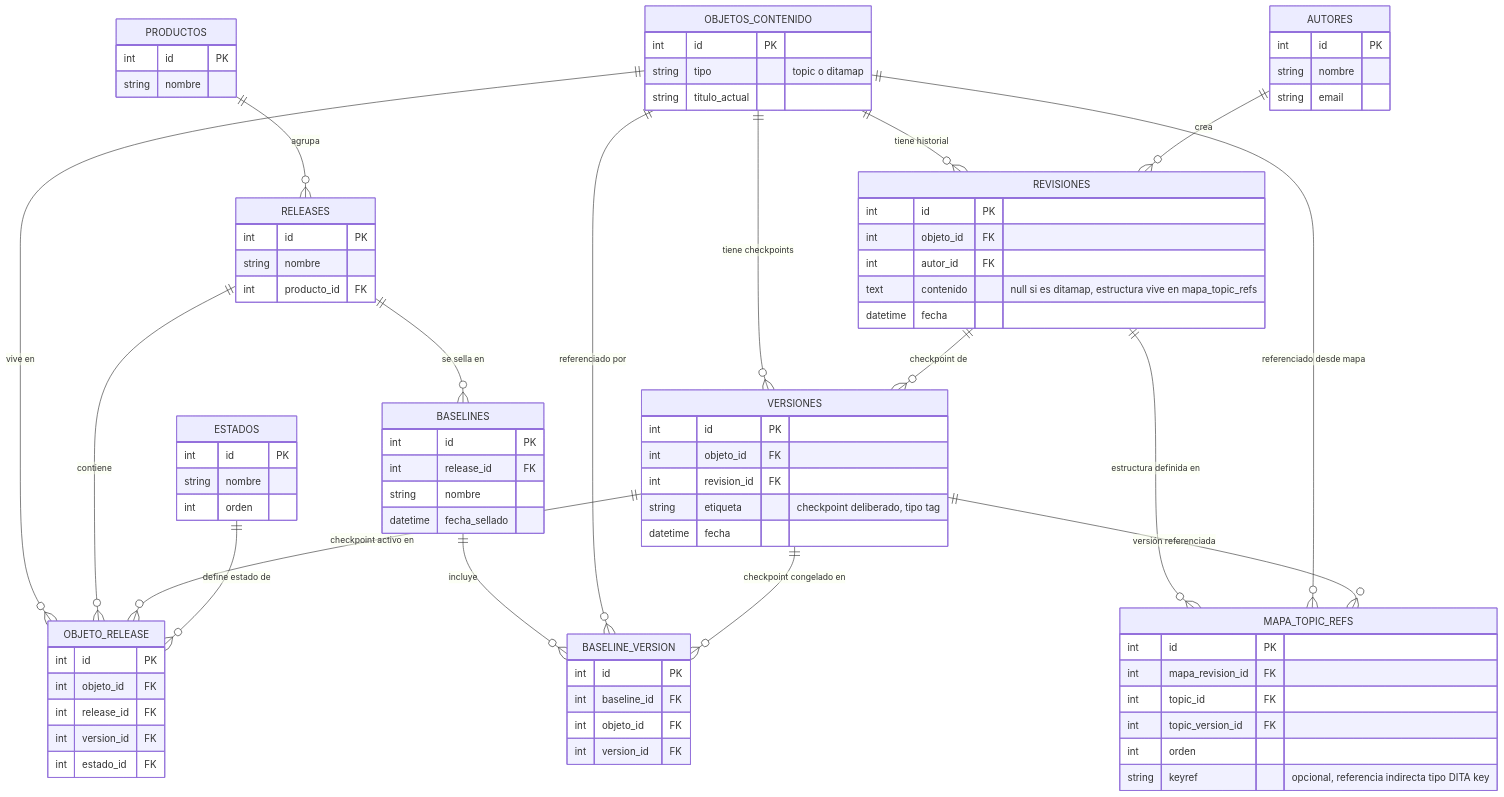
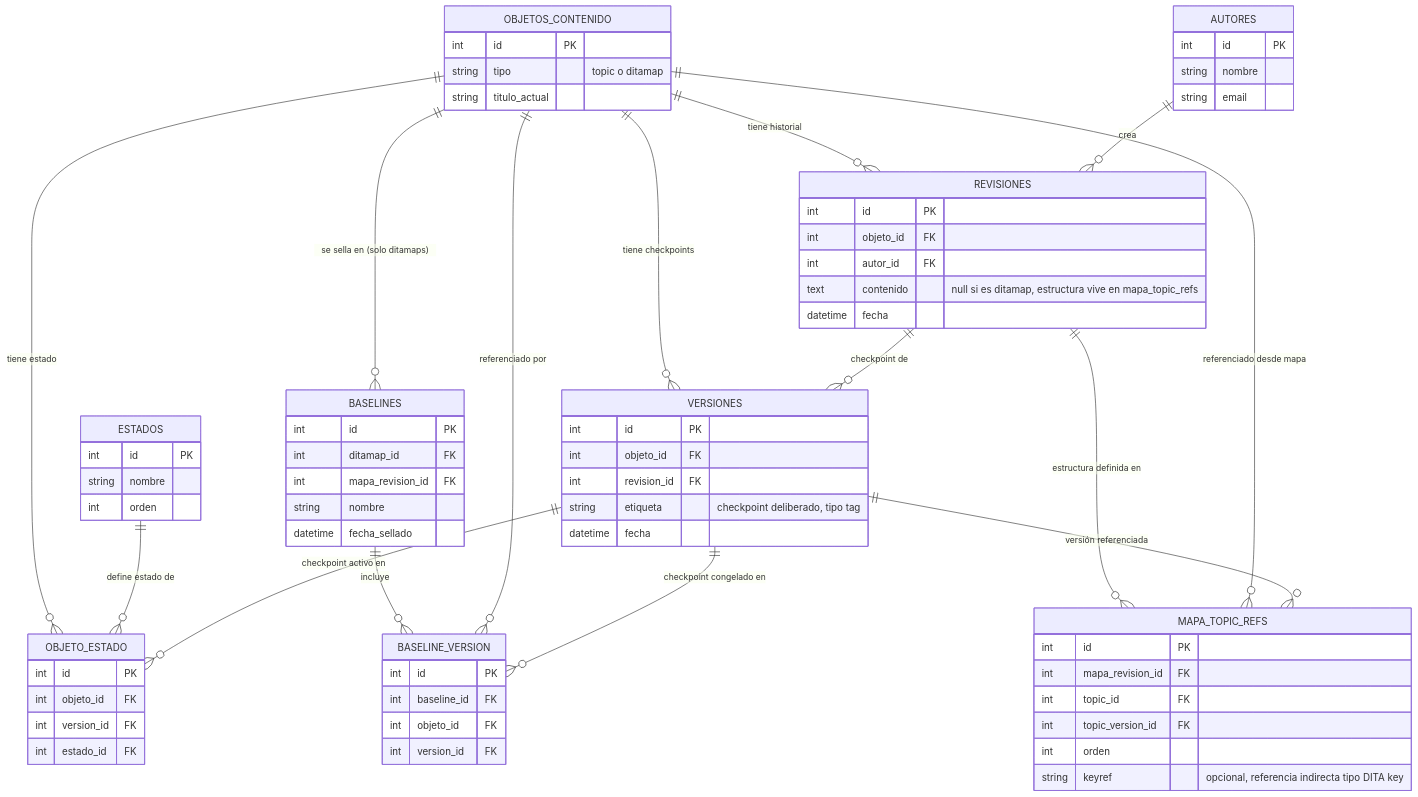
The diagram in fase-2-bases-de-datos/construccion_esquema_bd.md (Juanma-GA/cursoFSD), drawn with Mermaid before and after one commit. The commit also changed other lines of this file, not shown here.

First line of the commit message:
fase-2: simplificación esquema - elimina producto/release, baselines ligadas a ditamap, mecanismo de branching documentado, glosario PK/FK

```diff
--- a/fase-2-bases-de-datos/construccion_esquema_bd.md
+++ b/fase-2-bases-de-datos/construccion_esquema_bd.md
@@ -101,23 +139,17 @@
     AUTORES ||--o{ REVISIONES : "crea"
     OBJETOS_CONTENIDO ||--o{ VERSIONES : "tiene checkpoints"
     REVISIONES ||--o{ VERSIONES : "checkpoint de"
-    OBJETOS_CONTENIDO ||--o{ OBJETO_RELEASE : "vive en"
-    RELEASES ||--o{ OBJETO_RELEASE : "contiene"
-    VERSIONES ||--o{ OBJETO_RELEASE : "checkpoint activo en"
-    ESTADOS ||--o{ OBJETO_RELEASE : "define estado de"
-    RELEASES ||--o{ BASELINES : "se sella en"
+    OBJETOS_CONTENIDO ||--o{ OBJETO_ESTADO : "tiene estado"
+    ESTADOS ||--o{ OBJETO_ESTADO : "define estado de"
+    VERSIONES ||--o{ OBJETO_ESTADO : "checkpoint activo en"
+    OBJETOS_CONTENIDO ||--o{ BASELINES : "se sella en (solo ditamaps)"
     BASELINES ||--o{ BASELINE_VERSION : "incluye"
     OBJETOS_CONTENIDO ||--o{ BASELINE_VERSION : "referenciado por"
     VERSIONES ||--o{ BASELINE_VERSION : "checkpoint congelado en"
     REVISIONES ||--o{ MAPA_TOPIC_REFS : "estructura definida en"
     OBJETOS_CONTENIDO ||--o{ MAPA_TOPIC_REFS : "referenciado desde mapa"
     VERSIONES ||--o{ MAPA_TOPIC_REFS : "versión referenciada"
-    PRODUCTOS ||--o{ RELEASES : "agrupa"
 
-    PRODUCTOS {
-        int id PK
-        string nombre
-    }
     OBJETOS_CONTENIDO {
         int id PK
         string tipo "topic o ditamap"
@@ -147,21 +179,16 @@
         string nombre
         int orden
     }
-    RELEASES {
-        int id PK
-        string nombre
-        int producto_id FK
-    }
-    OBJETO_RELEASE {
+    OBJETO_ESTADO {
         int id PK
         int objeto_id FK
-        int release_id FK
         int version_id FK
         int estado_id FK
     }
     BASELINES {
         int id PK
-        int release_id FK
+        int ditamap_id FK
+        int mapa_revision_id FK
         string nombre
         datetime fecha_sellado
     }
```
